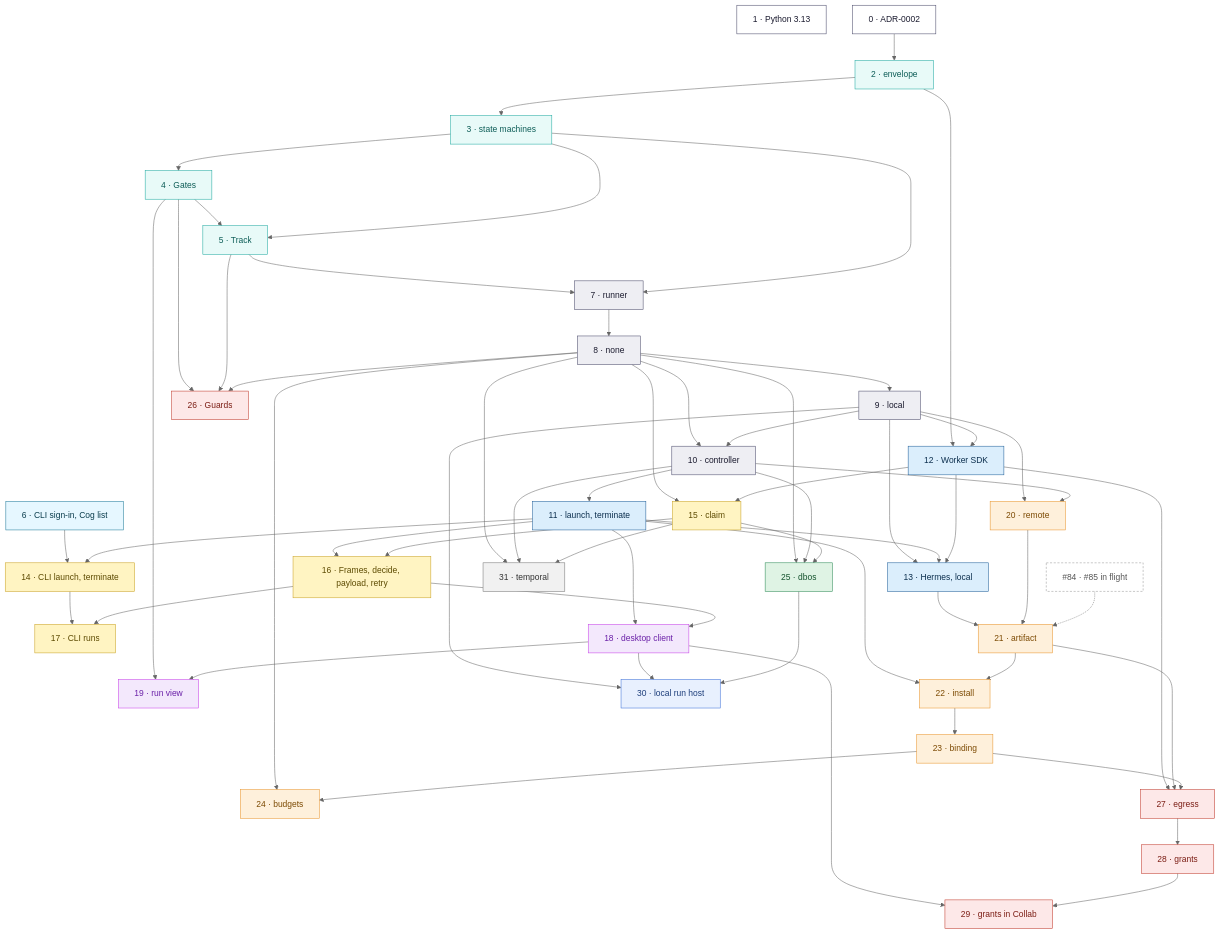
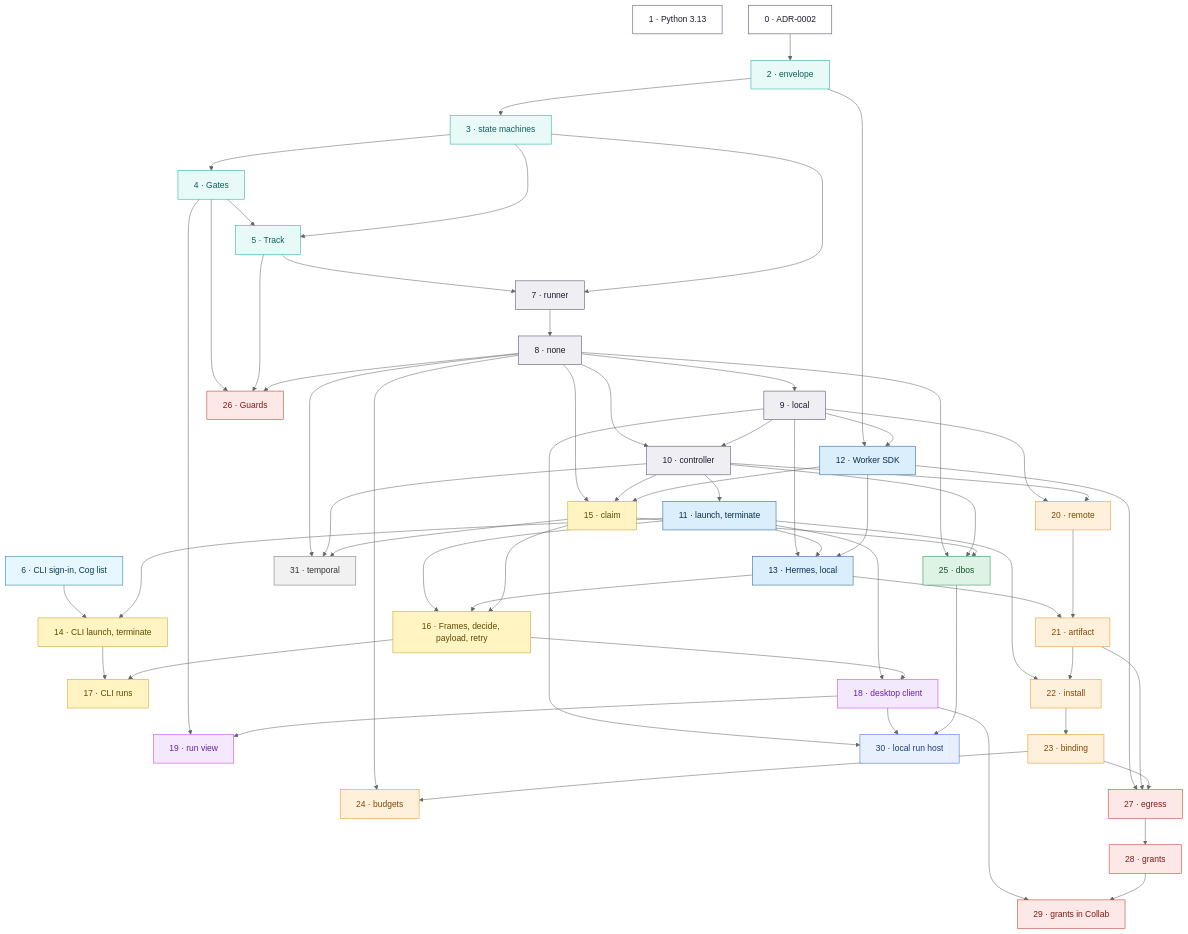
Before and after one commit to nebari-dev/collab-hub-pack: the second of 5 diagrams in COG_EXECUTION.md, drawn with Mermaid (neutral theme). The commit also changed other lines of this file, not shown here.

````diff
--- a/COG_EXECUTION.md
+++ b/COG_EXECUTION.md
@@ -1009,55 +1011,52 @@
 ```mermaid
 flowchart TD
   ph1["1 · Python 3.13"]
   ph0["0 · ADR-0002"] --> ph2["2 · envelope"] --> ph3["3 · state machines"] --> ph4["4 · Gates"] --> ph5["5 · Track"] --> ph7["7 · runner"] --> ph8["8 · none"]
   ph6["6 · CLI sign-in, Cog list"]
   ph3 --> ph5 & ph7
   ph8 --> ph9["9 · local"]
   ph8 & ph9 --> ph10["10 · controller"] --> ph11["11 · launch, terminate"]
   ph2 & ph9 --> ph12["12 · Worker SDK"]
   ph9 & ph11 & ph12 --> ph13["13 · Hermes, local"]
   ph6 & ph11 --> ph14["14 · CLI launch, terminate"]
-  ph8 & ph12 --> ph15["15 · claim"]
-  ph11 & ph15 --> ph16["16 · Frames, decide, payload, retry"]
+  ph8 & ph10 & ph12 --> ph15["15 · claim"]
+  ph11 & ph13 & ph15 --> ph16["16 · Frames, decide, payload, retry"]
   ph14 & ph16 --> ph17["17 · CLI runs"]
   ph11 & ph16 --> ph18["18 · desktop client"]
   ph4 & ph18 --> ph19["19 · run view"]
   ph9 & ph10 --> ph20["20 · remote"]
   ph13 & ph20 --> ph21["21 · artifact"]
-  reg["#84 · #85 in flight"] -.-> ph21
   ph11 & ph21 --> ph22["22 · install"] --> ph23["23 · binding"]
   ph8 & ph23 --> ph24["24 · budgets"]
   ph8 & ph10 & ph15 --> ph25["25 · dbos"]
   ph4 & ph5 & ph8 --> ph26["26 · Guards"]
   ph12 & ph21 & ph23 --> ph27["27 · egress"] --> ph28["28 · grants"]
   ph18 & ph28 --> ph29["29 · grants in Collab"]
   ph9 & ph18 & ph25 --> ph30["30 · local run host"]
   ph8 & ph10 & ph15 --> ph31["31 · temporal"]
 
   classDef m0 fill:#ffffff,stroke:#4a4a6a,color:#1a1a2e
   classDef m1 fill:#e8faf8,stroke:#20aaa1,color:#0d5d57
   classDef m2 fill:#e6f7ff,stroke:#1f7a99,color:#0b3d4d
   classDef m3 fill:#eeeef3,stroke:#4a4a6a,color:#1a1a2e
   classDef m4 fill:#dbeefc,stroke:#1f5f99,color:#0b2e4d
   classDef m5 fill:#fff4c2,stroke:#c9a227,color:#5c4a00
   classDef m6 fill:#f3e8fc,stroke:#c840e9,color:#6b21a8
   classDef m7 fill:#fef0db,stroke:#e8952c,color:#7c4a03
   classDef m8 fill:#dff3e4,stroke:#2e8b57,color:#14532d
   classDef m9 fill:#fde8e8,stroke:#c0392b,color:#7b1d14
   classDef m10 fill:#e8f0fe,stroke:#3b6fd8,color:#1c3d7a
   classDef m11 fill:#f1f1f1,stroke:#777,color:#333
-  classDef ext fill:#ffffff,stroke:#999,color:#555,stroke-dasharray: 4 3
   class ph0,ph1 m0
   class ph2,ph3,ph4,ph5 m1
   class ph6 m2
   class ph7,ph8,ph9,ph10 m3
   class ph11,ph12,ph13 m4
   class ph14,ph15,ph16,ph17 m5
   class ph18,ph19 m6
   class ph20,ph21,ph22,ph23,ph24 m7
   class ph25 m8
   class ph26,ph27,ph28,ph29 m9
   class ph30 m10
   class ph31 m11
-  class reg ext
 ```
````
